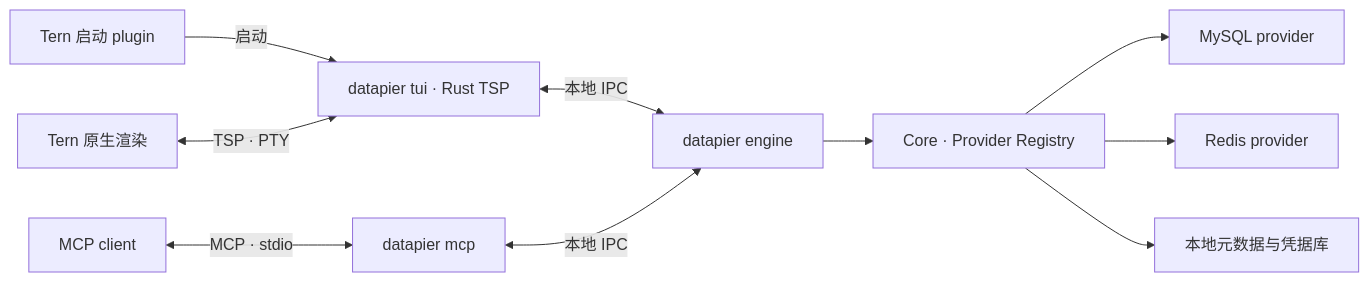
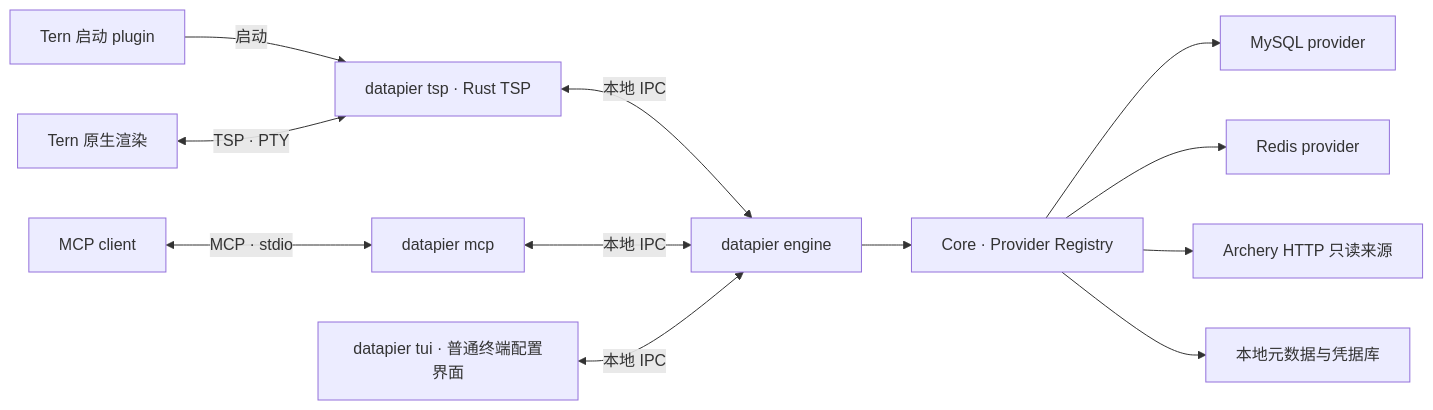
One commit to huspx/datapier changed the diagram in docs/product-plan.md. Above: the diagram before and after it, drawn with Mermaid. The commit also changed other lines of this file and 3 other files, not shown here.

````diff
--- a/docs/product-plan.md
+++ b/docs/product-plan.md
@@ -40,12 +43,14 @@
 ```mermaid
 flowchart LR
-    P["Tern 启动 plugin"] -->|启动| U["datapier tui · Rust TSP"]
+    P["Tern 启动 plugin"] -->|启动| U["datapier tsp · Rust TSP"]
     T["Tern 原生渲染"] <-->|TSP · PTY| U
     A["MCP client"] <-->|MCP · stdio| M["datapier mcp"]
     U <-->|本地 IPC| E["datapier engine"]
     M <-->|本地 IPC| E
+    TU["datapier tui · 普通终端配置界面"] <-->|本地 IPC| E
     E --> C["Core · Provider Registry"]
     C --> MY["MySQL provider"]
     C --> RE["Redis provider"]
+    C --> AR["Archery HTTP 只读来源"]
     C --> ST["本地元数据与凭据库"]
 ```
````
